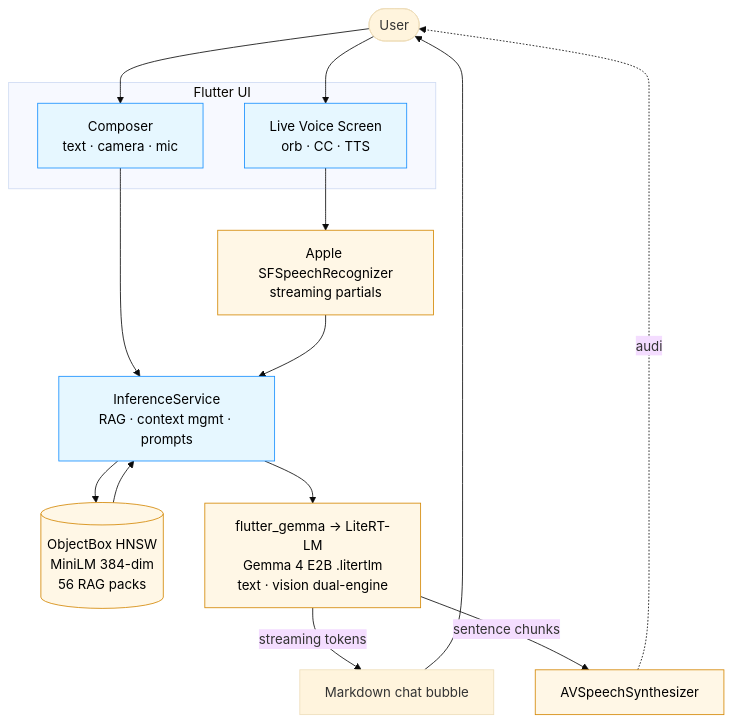
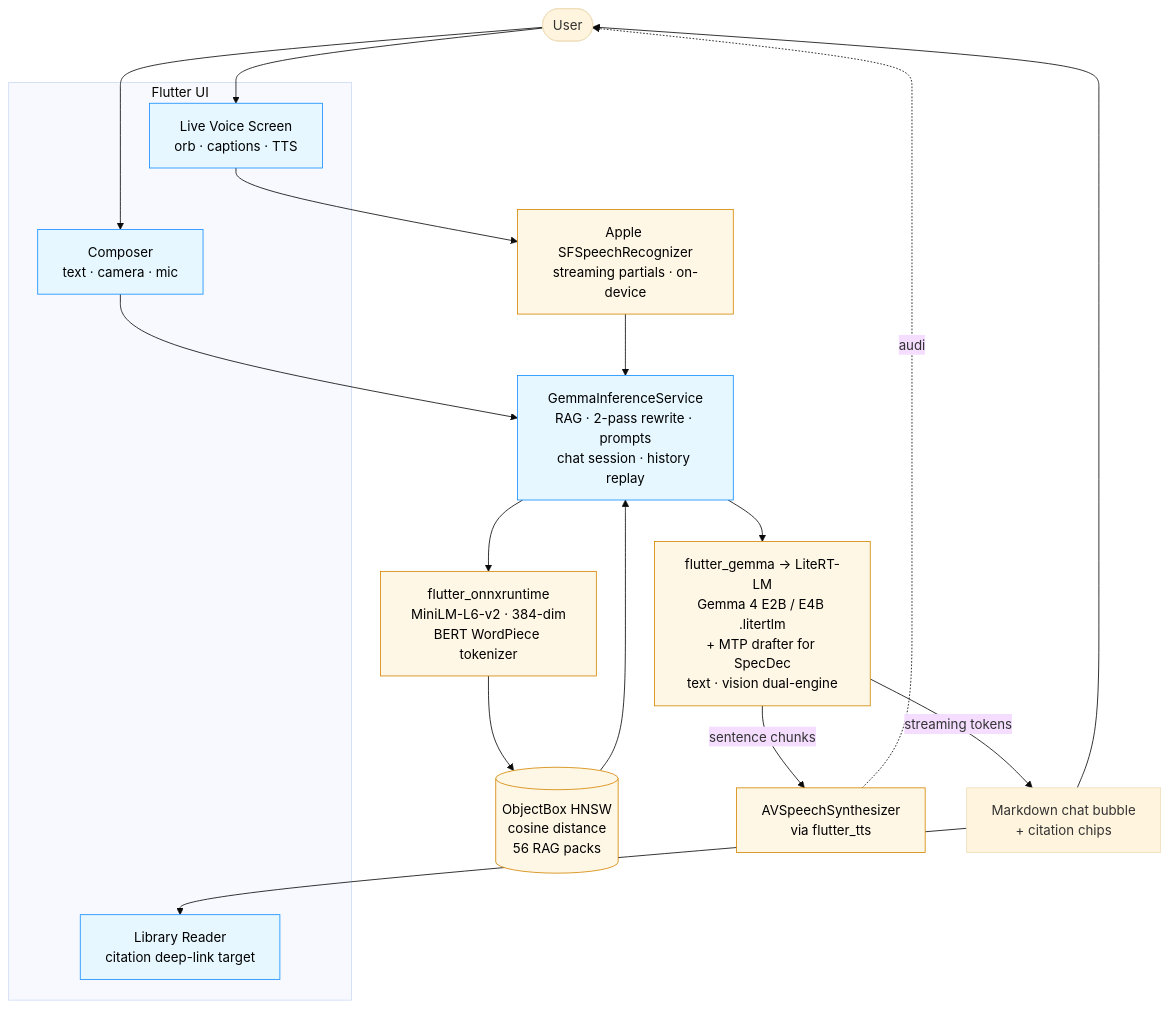
Before and after one commit to RaccoonOnion/ash: the diagram in README.md, drawn with Mermaid (base theme). The commit also changed other lines of this file, not shown here.

Commit message:
docs: rewrite README with feature walkthrough, full model inventory, and build steps

````diff
--- a/README.md
+++ b/README.md
@@ -39,34 +101,36 @@
 ```mermaid
 flowchart TD
     user([User])
 
     subgraph UI[Flutter UI]
       composer[Composer<br/>text · camera · mic]
-      live[Live Voice Screen<br/>orb · CC · TTS]
+      live[Live Voice Screen<br/>orb · captions · TTS]
+      library[Library Reader<br/>citation deep-link target]
     end
 
     user --> composer
     user --> live
 
     composer --> infsvc
-    live --> stt[Apple SFSpeechRecognizer<br/>streaming partials]
+    live --> stt[Apple SFSpeechRecognizer<br/>streaming partials · on-device]
     stt --> infsvc
 
-    infsvc[InferenceService<br/>RAG · context mgmt · prompts]
+    infsvc[GemmaInferenceService<br/>RAG · 2-pass rewrite · prompts<br/>chat session · history replay]
 
-    infsvc --> rag[(ObjectBox HNSW<br/>MiniLM 384-dim<br/>56 RAG packs)]
-    rag --> infsvc
+    infsvc --> embed[flutter_onnxruntime<br/>MiniLM-L6-v2 · 384-dim<br/>BERT WordPiece tokenizer]
+    embed --> hnsw[(ObjectBox HNSW<br/>cosine distance<br/>56 RAG packs)]
+    hnsw --> infsvc
 
-    infsvc --> gemma[flutter_gemma → LiteRT-LM<br/>Gemma 4 E2B .litertlm<br/>text · vision dual-engine]
+    infsvc --> gemma[flutter_gemma → LiteRT-LM<br/>Gemma 4 E2B / E4B .litertlm<br/>+ MTP drafter for SpecDec<br/>text · vision dual-engine]
 
-    gemma -->|streaming tokens| ui_out[Markdown chat bubble]
-    gemma -->|sentence chunks| tts[AVSpeechSynthesizer]
-
+    gemma -->|streaming tokens| ui_out[Markdown chat bubble<br/>+ citation chips]
+    gemma -->|sentence chunks| tts[AVSpeechSynthesizer<br/>via flutter_tts]
+    ui_out --> library
     ui_out --> user
     tts -.audio.-> user
 
     classDef external fill:#fff7e6,stroke:#d48806,color:#000;
     classDef core fill:#e6f7ff,stroke:#1890ff,color:#000;
-    class gemma,stt,tts,rag external;
-    class infsvc,composer,live core;
+    class gemma,stt,tts,hnsw,embed external;
+    class infsvc,composer,live,library core;
 ```
````
